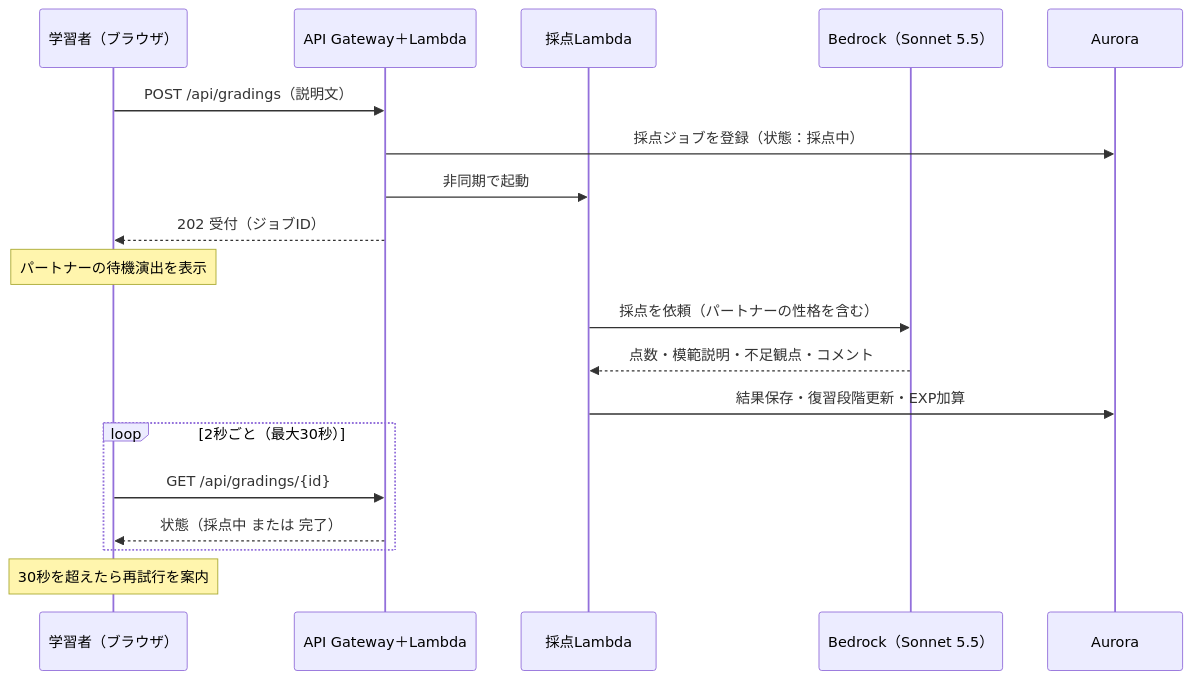
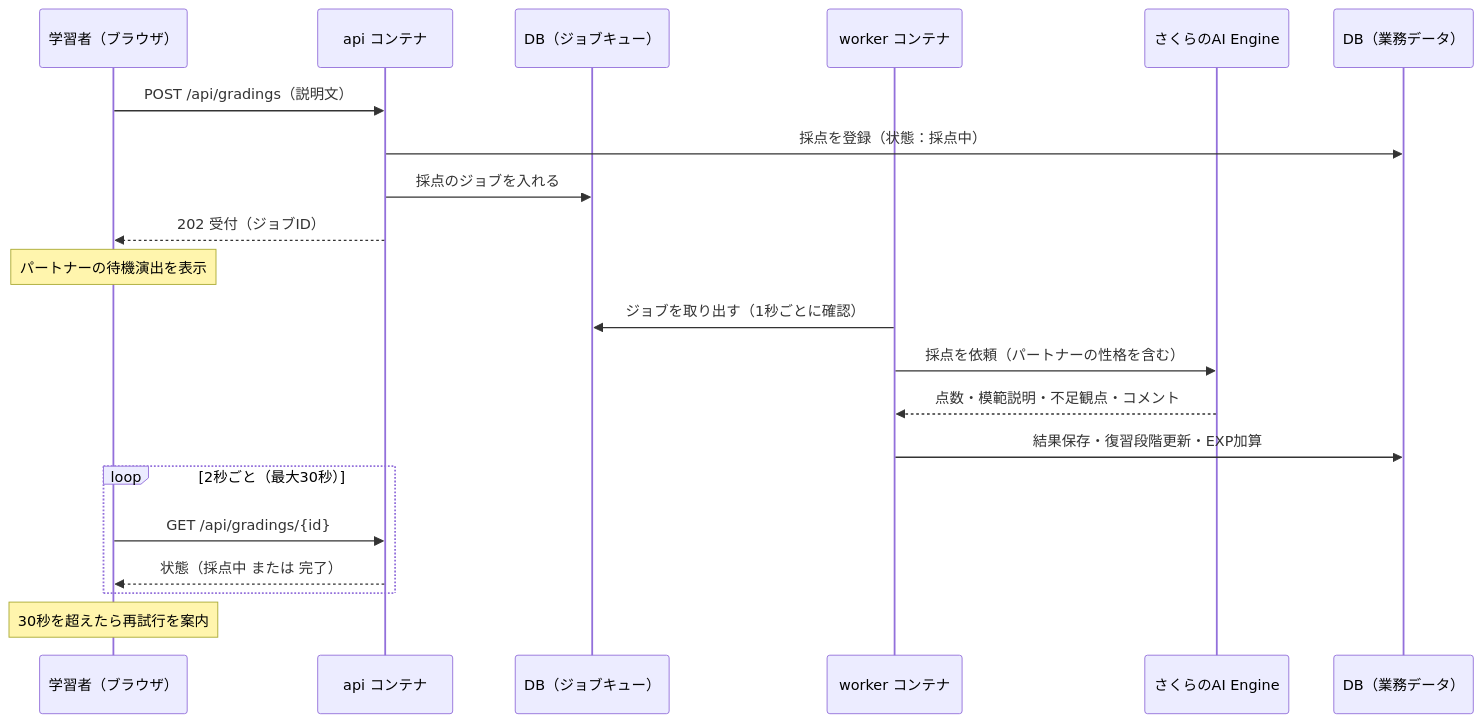
Before and after one commit to pocarialice/rpglearning: the second of 13 diagrams in documents/外部設計書_RPG学習アプリ.md, drawn with Mermaid. The commit also changed other lines of this file and 1 other file, not shown here.

````diff
--- a/documents/外部設計書_RPG学習アプリ.md
+++ b/documents/外部設計書_RPG学習アプリ.md
@@ -166,21 +143,23 @@
 ```mermaid
 sequenceDiagram
   participant U as 学習者（ブラウザ）
-  participant API as API Gateway＋Lambda
-  participant G as 採点Lambda
-  participant BR as Bedrock（Sonnet 5.5）
-  participant DB as Aurora
+  participant API as api コンテナ
+  participant Q as DB（ジョブキュー）
+  participant W as worker コンテナ
+  participant AI as さくらのAI Engine
+  participant DB as DB（業務データ）
   U->>API: POST /api/gradings（説明文）
-  API->>DB: 採点ジョブを登録（状態：採点中）
-  API->>G: 非同期で起動
+  API->>DB: 採点を登録（状態：採点中）
+  API->>Q: 採点のジョブを入れる
   API-->>U: 202 受付（ジョブID）
   Note over U: パートナーの待機演出を表示
-  G->>BR: 採点を依頼（パートナーの性格を含む）
-  BR-->>G: 点数・模範説明・不足観点・コメント
-  G->>DB: 結果保存・復習段階更新・EXP加算
+  W->>Q: ジョブを取り出す（1秒ごとに確認）
+  W->>AI: 採点を依頼（パートナーの性格を含む）
+  AI-->>W: 点数・模範説明・不足観点・コメント
+  W->>DB: 結果保存・復習段階更新・EXP加算
   loop 2秒ごと（最大30秒）
     U->>API: GET /api/gradings/{id}
     API-->>U: 状態（採点中 または 完了）
   end
   Note over U: 30秒を超えたら再試行を案内
 ```
````
